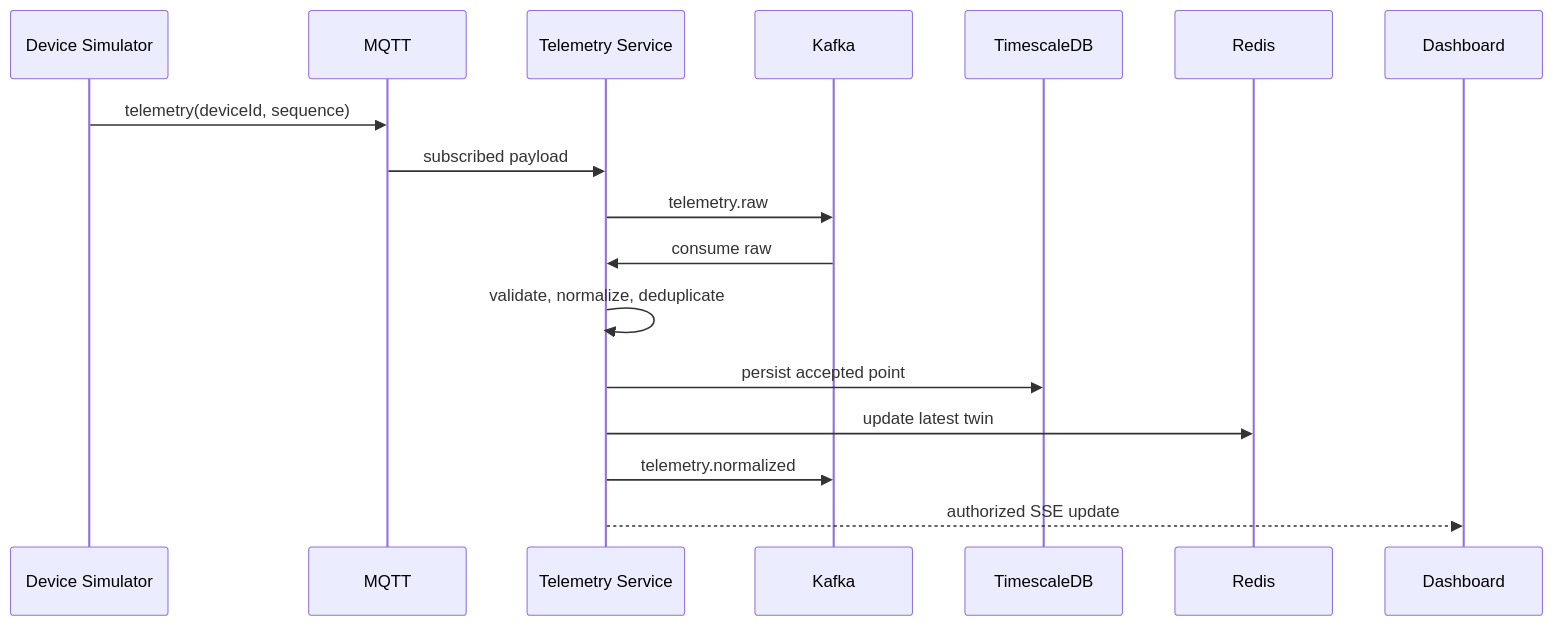
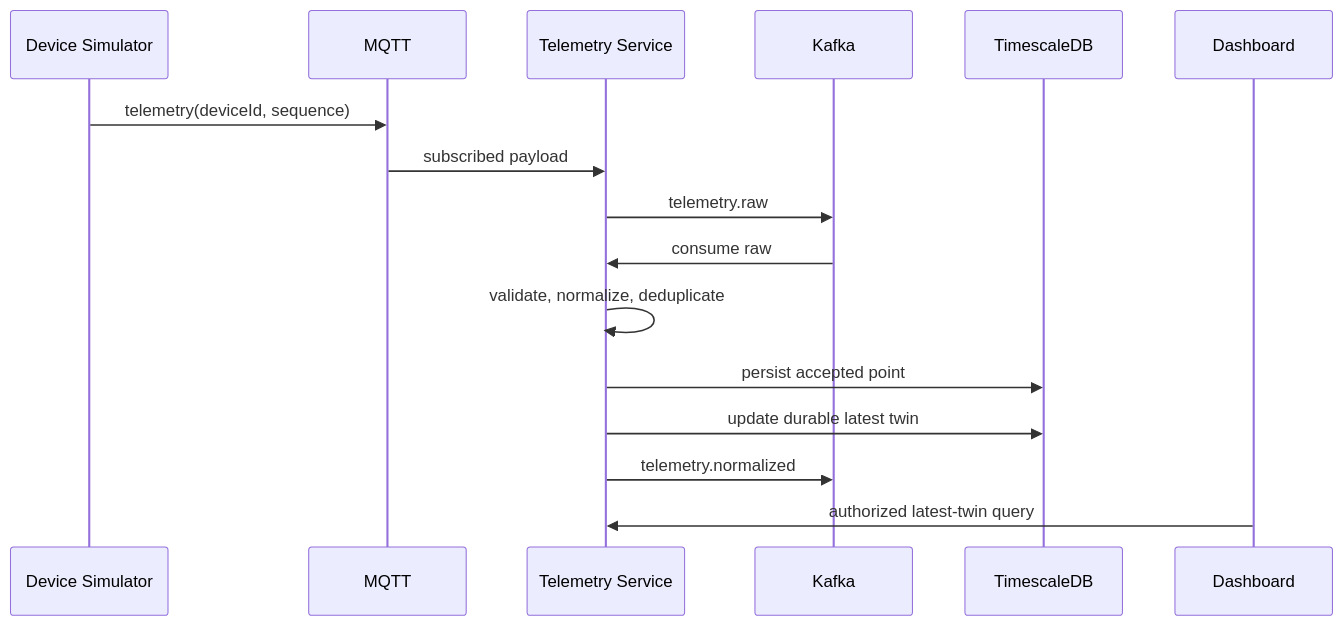
One commit to Miniks040506/voltweave changed the fourth of 5 diagrams in docs/VOLTWEAVE_V1_PLAN.md. Above: the diagram before and after it, drawn with Mermaid. The commit also changed other lines of this file and 1 other file, not shown here.

````diff
--- a/docs/VOLTWEAVE_V1_PLAN.md
+++ b/docs/VOLTWEAVE_V1_PLAN.md
@@ -481,20 +477,19 @@
 ```mermaid
 sequenceDiagram
     participant D as Device Simulator
     participant M as MQTT
     participant T as Telemetry Service
     participant K as Kafka
     participant DB as TimescaleDB
-    participant R as Redis
     participant UI as Dashboard
 
     D->>M: telemetry(deviceId, sequence)
     M->>T: subscribed payload
     T->>K: telemetry.raw
     K->>T: consume raw
     T->>T: validate, normalize, deduplicate
     T->>DB: persist accepted point
-    T->>R: update latest twin
+    T->>DB: update durable latest twin
     T->>K: telemetry.normalized
-    T-->>UI: authorized SSE update
+    UI->>T: authorized latest-twin query
 ```
````
